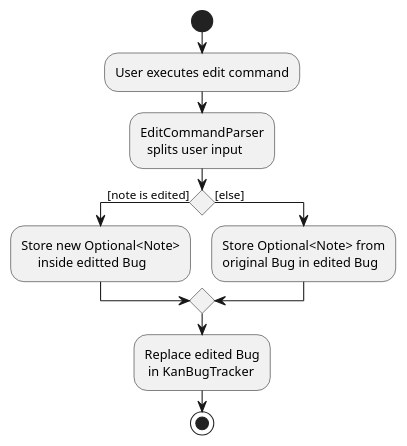
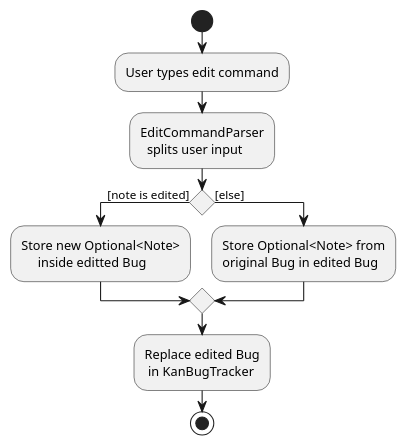
One commit to the-reefshark/tp changed the diagram in docs/diagrams/NoteEditActivityDiagram.puml. Above: the diagram before and after it, drawn with PlantUML. The commit also changed 6 other files, not shown here.

```diff
--- a/docs/diagrams/NoteEditActivityDiagram.puml
+++ b/docs/diagrams/NoteEditActivityDiagram.puml
@@ -1,20 +1,20 @@
 @startuml
 start
-:User executes edit command;
+:User types edit command;
 :EditCommandParser
   splits user input;
 
 'Since the beta syntax does not support placing the condition outside the
 'diamond we place it as the true branch instead.
 
 if () then ([note is edited])
     :Store new Optional<Note>
          inside editted Bug;
 else ([else])
     :Store Optional<Note> from
     original Bug in edited Bug;
 endif
 :Replace edited Bug
  in KanBugTracker;
 stop
 @enduml
```
